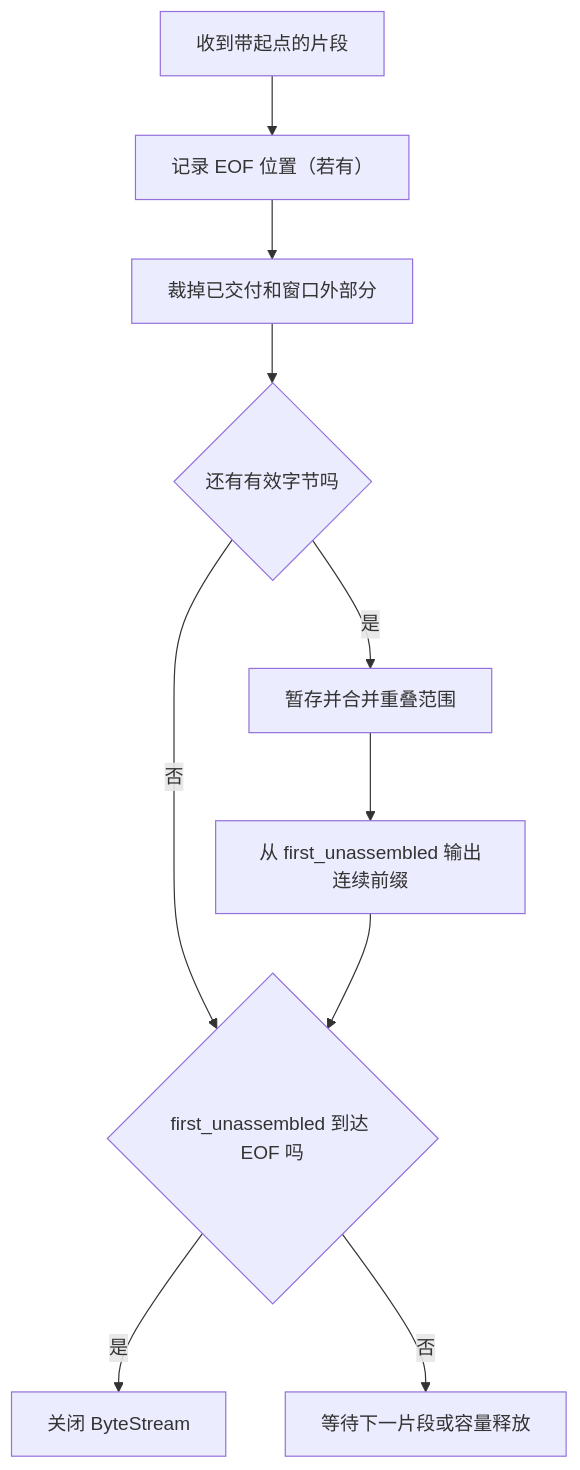
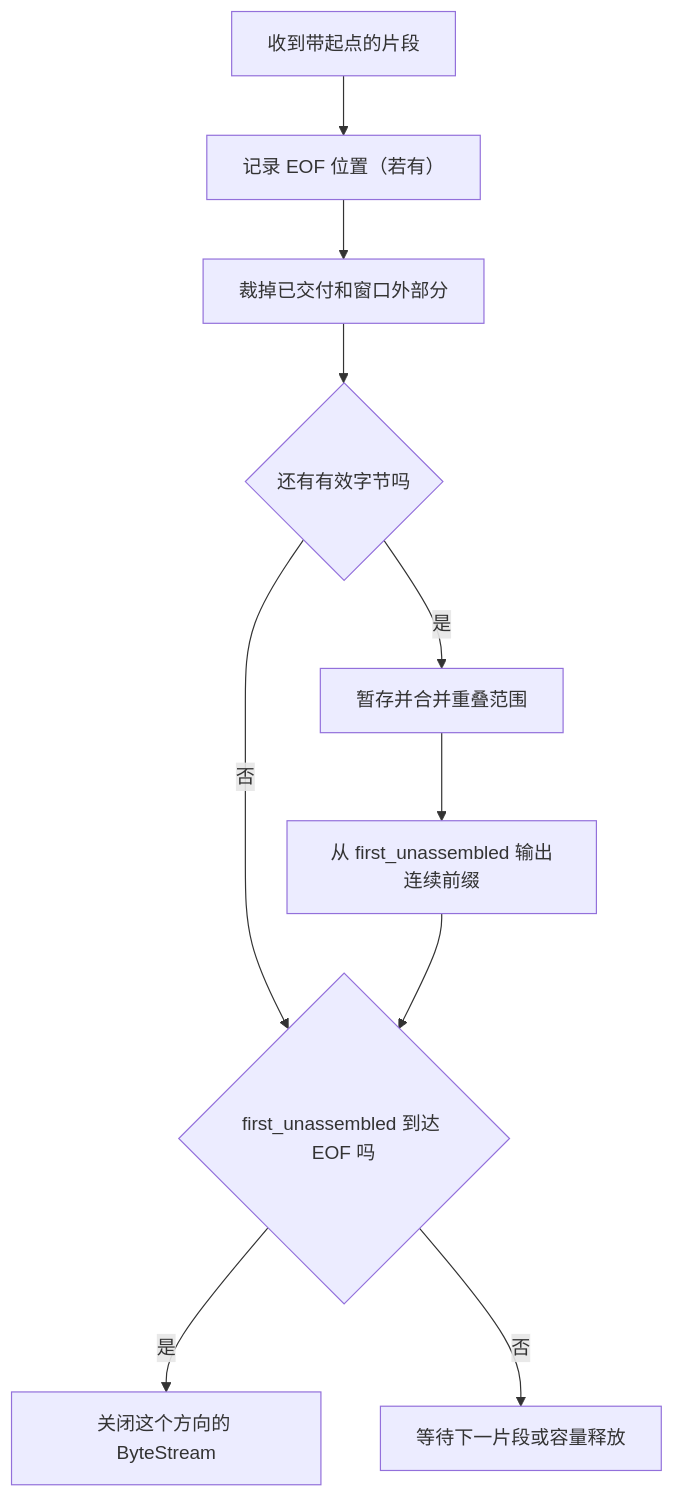
One commit to giant355/LearnComputerNetworking changed the diagram in 12_乱序子串重组.md. Above: the diagram before and after it, drawn with Mermaid. The commit also changed other lines of this file and 1 other file, not shown here.

Commit message:
Lesson 12 Clarify stream close

````diff
--- a/12_乱序子串重组.md
+++ b/12_乱序子串重组.md
@@ -576,12 +576,12 @@
 ```mermaid
 flowchart TD
     A[收到带起点的片段] --> B[记录 EOF 位置（若有）]
     B --> C[裁掉已交付和窗口外部分]
     C --> D{还有有效字节吗}
     D -- 否 --> G[检查是否已到 EOF]
     D -- 是 --> E[暂存并合并重叠范围]
     E --> F[从 first_unassembled 输出连续前缀]
     F --> G{first_unassembled 到达 EOF 吗}
-    G -- 是 --> H[关闭 ByteStream]
+    G -- 是 --> H[关闭这个方向的 ByteStream]
     G -- 否 --> I[等待下一片段或容量释放]
 ```
````
